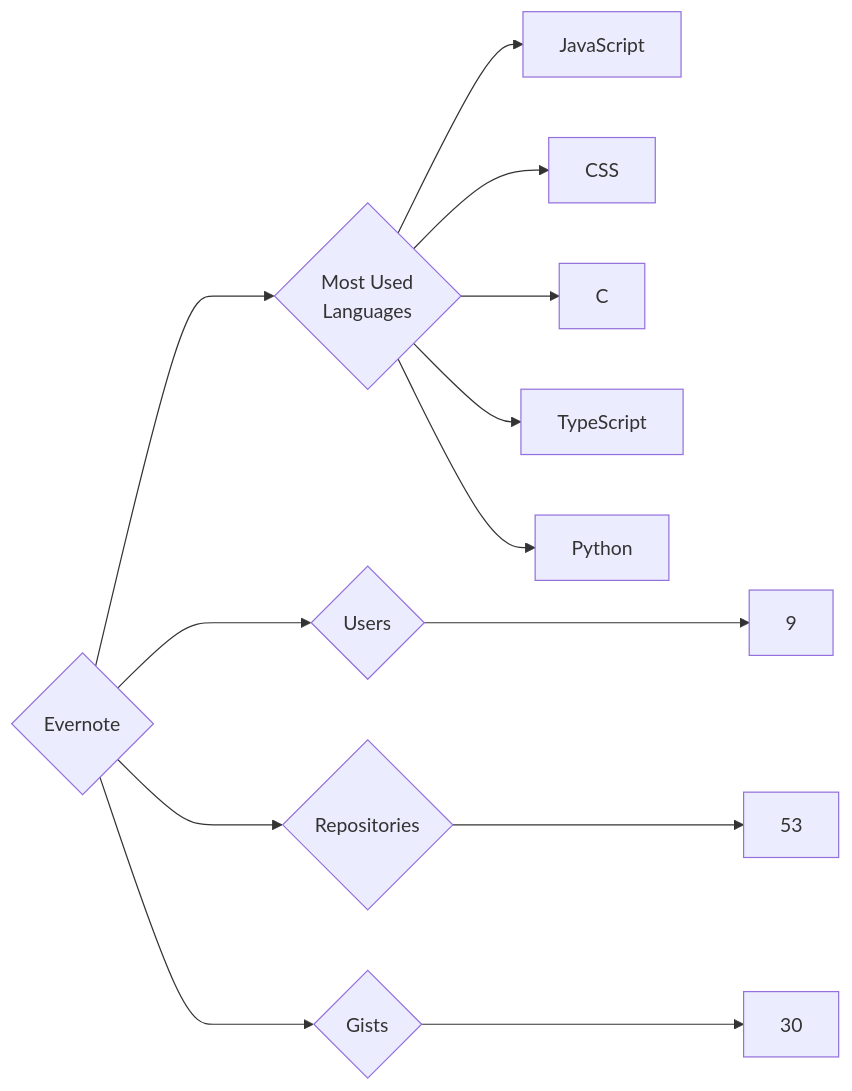
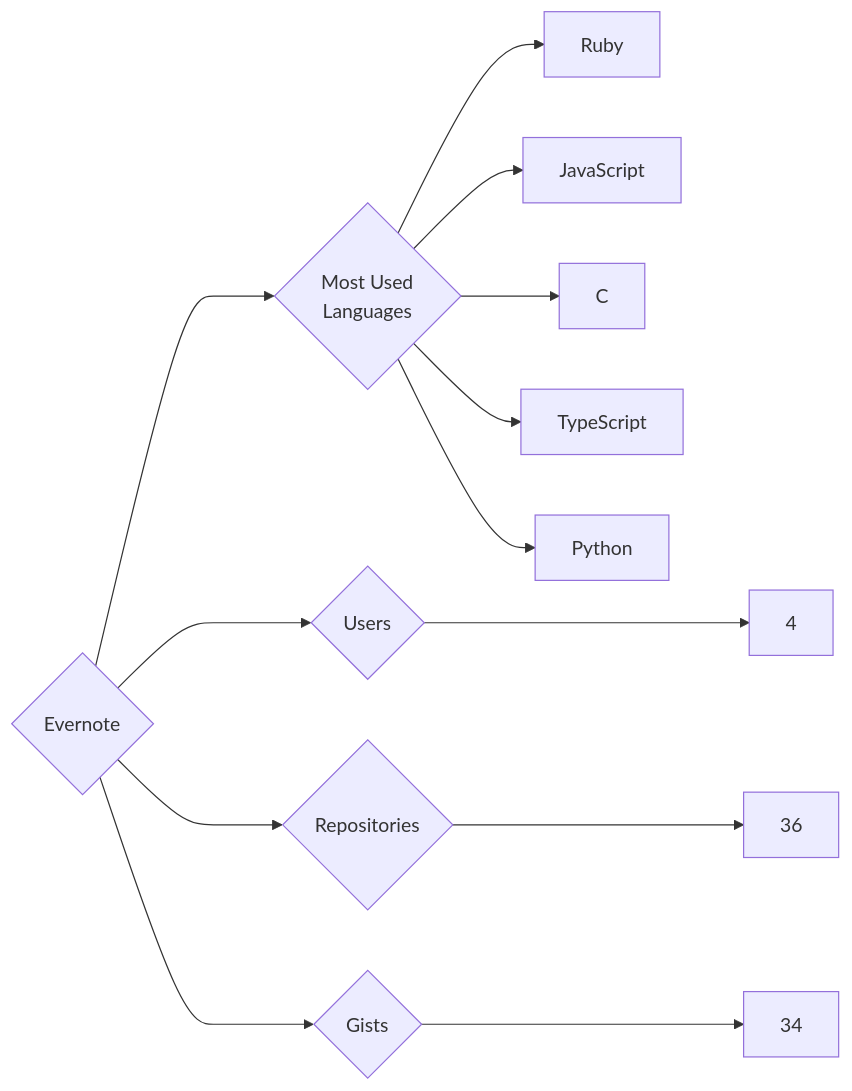
Before and after one commit to trickest/insiders: the diagram in targets/Evernote/README.md, drawn with Mermaid. The commit also changed 783 other files, not shown here.

````diff
--- a/targets/Evernote/README.md
+++ b/targets/Evernote/README.md
@@ -3,13 +3,13 @@
 ```mermaid
 graph LR
 COMPANY_NAME{Evernote}
-COMPANY_NAME ---> U{Users} ---> UN[9]
-COMPANY_NAME ---> R{Repositories} ---> RN[53]
-COMPANY_NAME ---> G{Gists} ---> GN[30]
+COMPANY_NAME ---> U{Users} ---> UN[4]
+COMPANY_NAME ---> R{Repositories} ---> RN[36]
+COMPANY_NAME ---> G{Gists} ---> GN[34]
 COMPANY_NAME ---> ML{Most Used<br>Languages}
+ML --> Ruby[Ruby]
 ML --> JavaScript[JavaScript]
-ML --> CSS[CSS]
 ML --> C[C]
 ML --> TypeScript[TypeScript]
 ML --> Python[Python]
 ```
````
